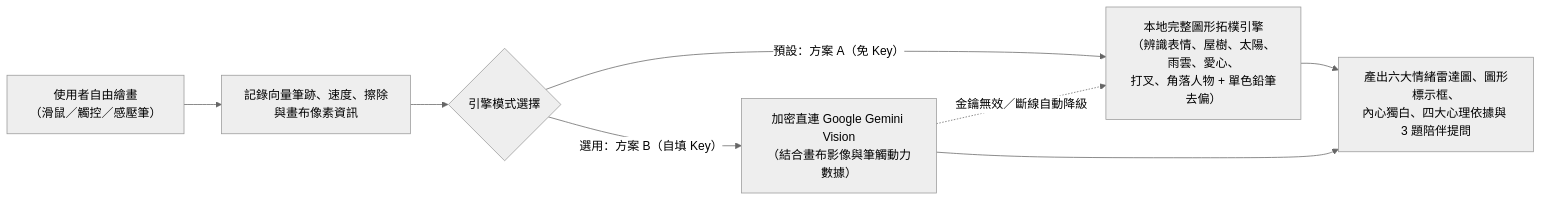
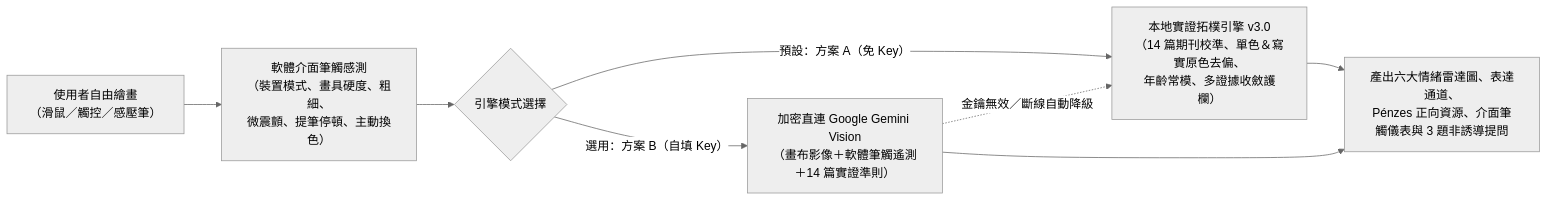
One commit to cpj0624/mindcanvas-drawing-psychology changed the diagram in docs/操作SOP.md. Above: the diagram before and after it, drawn with Mermaid (neutral theme). The commit also changed other lines of this file and 7 other files, not shown here.

````diff
--- a/docs/操作SOP.md
+++ b/docs/操作SOP.md
@@ -13,10 +13,10 @@
 ```mermaid
 flowchart LR
-    A["使用者自由繪畫<br/>（滑鼠／觸控／感壓筆）"] --> B["記錄向量筆跡、速度、擦除<br/>與畫布像素資訊"]
+    A["使用者自由繪畫<br/>（滑鼠／觸控／感壓筆）"] --> B["軟體介面筆觸感測<br/>（裝置模式、畫具硬度、粗細、<br/>微震顫、提筆停頓、主動換色）"]
     B --> C{"引擎模式選擇"}
-    C -- "預設：方案 A（免 Key）" --> D["本地完整圖形拓樸引擎<br/>（辨識表情、屋樹、太陽、雨雲、愛心、<br/>打叉、角落人物 + 單色鉛筆去偏）"]
-    C -- "選用：方案 B（自填 Key）" --> E["加密直連 Google Gemini Vision<br/>（結合畫布影像與筆觸動力數據）"]
+    C -- "預設：方案 A（免 Key）" --> D["本地實證拓樸引擎 v3.0<br/>（14 篇期刊校準、單色＆寫實原色去偏、<br/>年齡常模、多證據收斂護欄）"]
+    C -- "選用：方案 B（自填 Key）" --> E["加密直連 Google Gemini Vision<br/>（畫布影像＋軟體筆觸遙測＋14 篇實證準則）"]
     E -. "金鑰無效／斷線自動降級" .-> D
-    D --> F["產出六大情緒雷達圖、圖形標示框、<br/>內心獨白、四大心理依據與 3 題陪伴提問"]
+    D --> F["產出六大情緒雷達圖、表達通道、<br/>Pénzes 正向資源、介面筆觸儀表與 3 題非誘導提問"]
     E --> F
 ```
````
